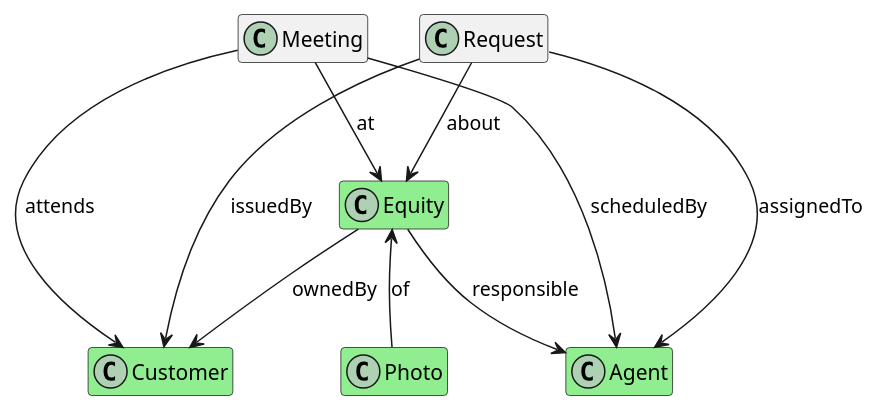
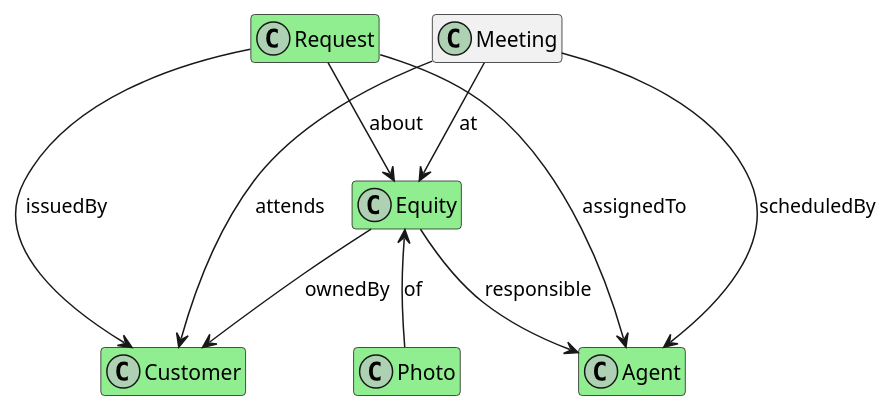
One commit to vantonov1/meet changed the diagram in meet.puml. Above: the diagram before and after it, drawn with PlantUML. The commit also changed 5 other files, not shown here.

```diff
--- a/meet.puml
+++ b/meet.puml
@@ -1,21 +1,22 @@
 @startuml
 
 hide members
 class Equity #lightgreen
 class Photo #lightgreen
 class Agent #lightgreen
 class Customer #lightgreen
+class Request #lightgreen
 
 Equity <-- Photo: of
 Equity --> Customer : ownedBy
 Equity --> Agent : responsible
 
 Meeting --> Agent : scheduledBy
 Meeting --> Customer : attends
 Meeting --> Equity : at
 
 Request --> Equity : about
 Request --> Customer : issuedBy
 Request --> Agent : assignedTo
 
 @enduml
```
